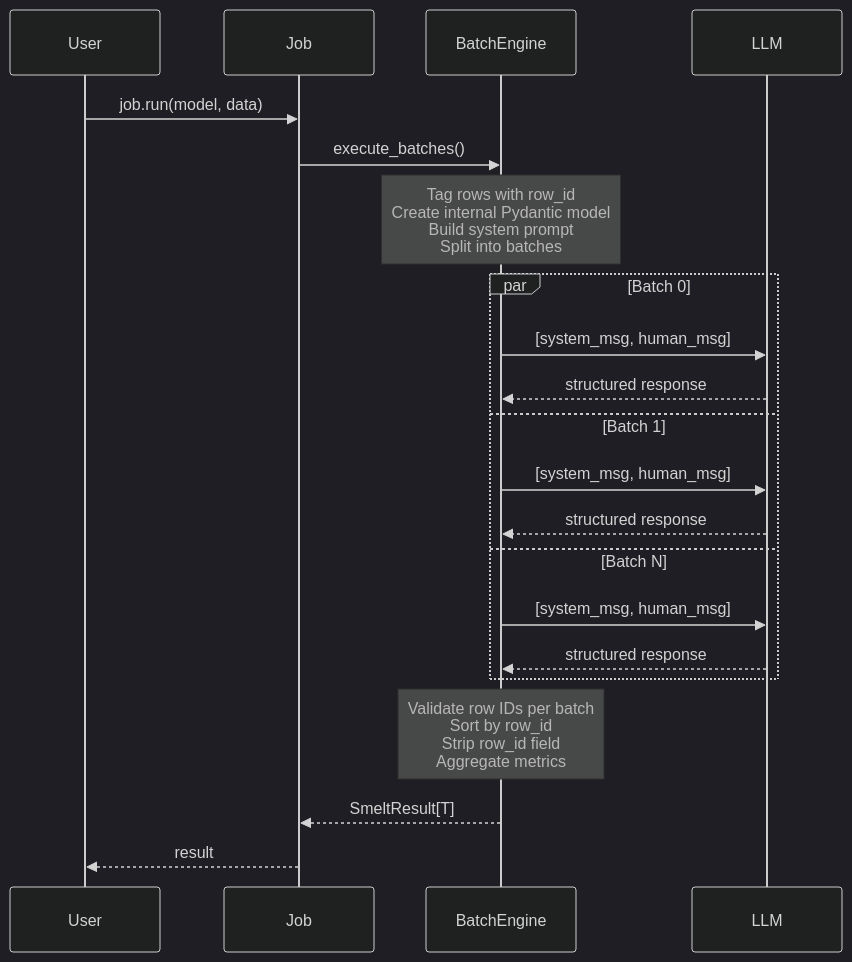
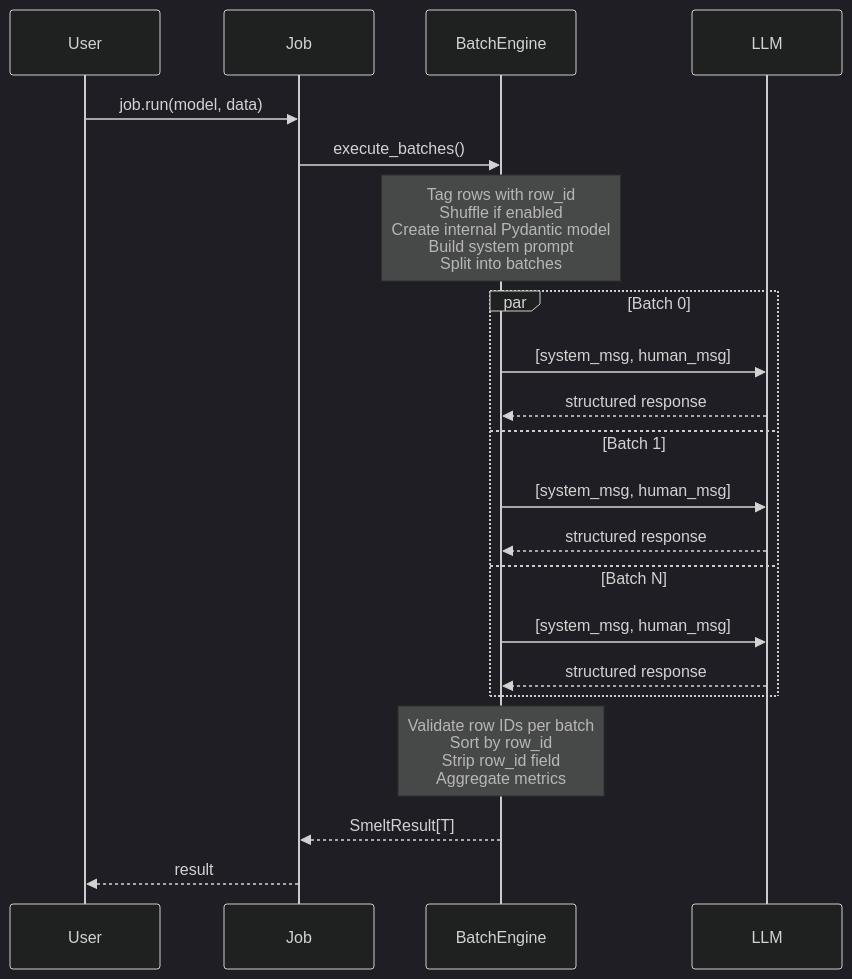
Before and after one commit to Cydra-Tech/smelt-ai: the second of 7 diagrams in README.md, drawn with Mermaid (dark theme). The commit also changed other lines of this file, not shown here.

First line of the commit message:
Update README diagrams to reflect shuffle option

````diff
--- a/README.md
+++ b/README.md
@@ -63,28 +66,28 @@
 ```mermaid
 sequenceDiagram
     participant User
     participant Job
     participant BatchEngine
     participant LLM
 
     User->>Job: job.run(model, data)
     Job->>BatchEngine: execute_batches()
 
-    Note over BatchEngine: Tag rows with row_id<br/>Create internal Pydantic model<br/>Build system prompt<br/>Split into batches
+    Note over BatchEngine: Tag rows with row_id<br/>Shuffle if enabled<br/>Create internal Pydantic model<br/>Build system prompt<br/>Split into batches
 
     par Batch 0
         BatchEngine->>LLM: [system_msg, human_msg]
         LLM-->>BatchEngine: structured response
     and Batch 1
         BatchEngine->>LLM: [system_msg, human_msg]
         LLM-->>BatchEngine: structured response
     and Batch N
         BatchEngine->>LLM: [system_msg, human_msg]
         LLM-->>BatchEngine: structured response
     end
 
     Note over BatchEngine: Validate row IDs per batch<br/>Sort by row_id<br/>Strip row_id field<br/>Aggregate metrics
 
     BatchEngine-->>Job: SmeltResult[T]
     Job-->>User: result
 ```
````
